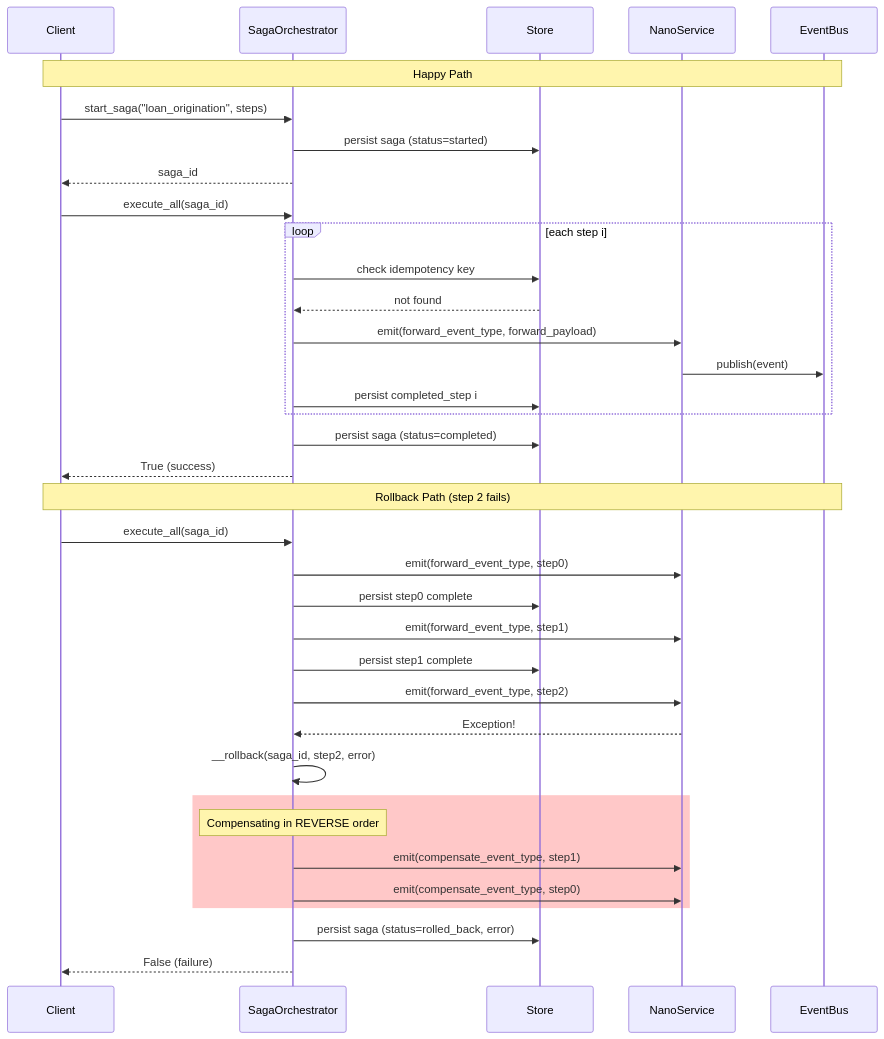
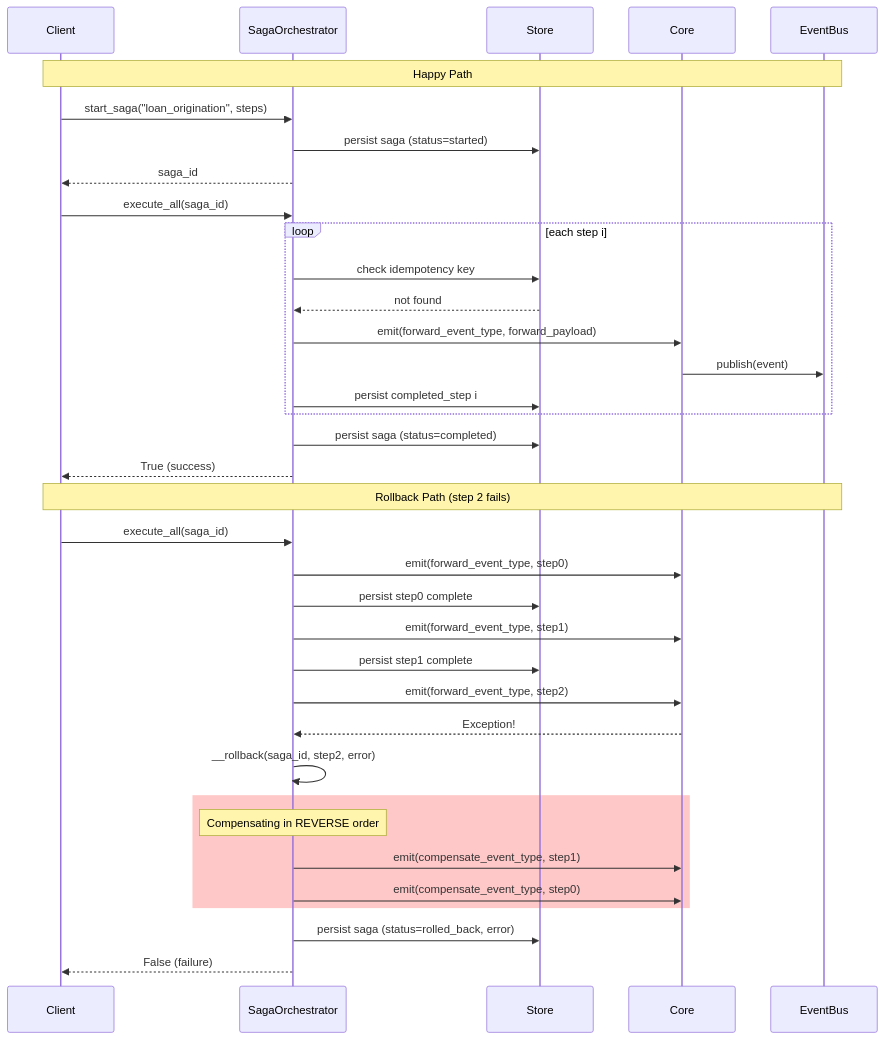
Before and after one commit to sachn-cs/unsecured-lending-underwriting: the fourth of 7 diagrams in docs/SYSTEM_DESIGN.md, drawn with Mermaid. The commit also changed other lines of this file, not shown here.

````diff
--- a/docs/SYSTEM_DESIGN.md
+++ b/docs/SYSTEM_DESIGN.md
@@ -424,46 +424,46 @@
 ```mermaid
 sequenceDiagram
     participant Caller as Client
     participant Saga as SagaOrchestrator
     participant Store as Store
-    participant Emitter as NanoService
+    participant Emitter as Core
     participant Bus as EventBus
 
     Note over Caller,Bus: Happy Path
     Caller->>Saga: start_saga("loan_origination", steps)
     Saga->>Store: persist saga (status=started)
     Saga-->>Caller: saga_id
 
     Caller->>Saga: execute_all(saga_id)
 
     loop each step i
         Saga->>Store: check idempotency key
         Store-->>Saga: not found
         Saga->>Emitter: emit(forward_event_type, forward_payload)
         Emitter->>Bus: publish(event)
         Saga->>Store: persist completed_step i
     end
 
     Saga->>Store: persist saga (status=completed)
     Saga-->>Caller: True (success)
 
     Note over Caller,Bus: Rollback Path (step 2 fails)
 
     Caller->>Saga: execute_all(saga_id)
     Saga->>Emitter: emit(forward_event_type, step0)
     Saga->>Store: persist step0 complete
     Saga->>Emitter: emit(forward_event_type, step1)
     Saga->>Store: persist step1 complete
     Saga->>Emitter: emit(forward_event_type, step2)
     Emitter-->>Saga: Exception!
     Saga->>Saga: __rollback(saga_id, step2, error)
 
     rect rgb(255, 200, 200)
         Note over Saga: Compensating in REVERSE order
         Saga->>Emitter: emit(compensate_event_type, step1)
         Saga->>Emitter: emit(compensate_event_type, step0)
     end
 
     Saga->>Store: persist saga (status=rolled_back, error)
     Saga-->>Caller: False (failure)
 ```
````
